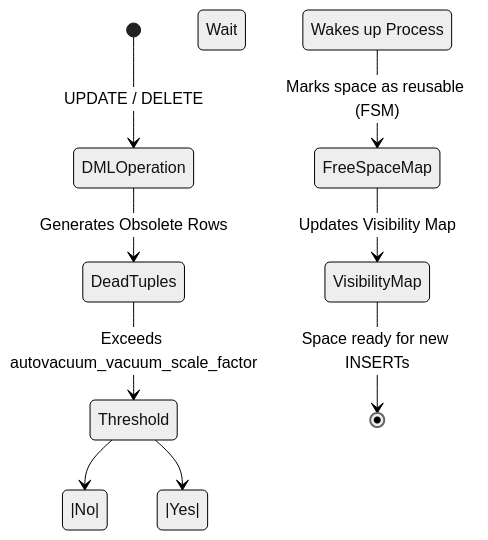
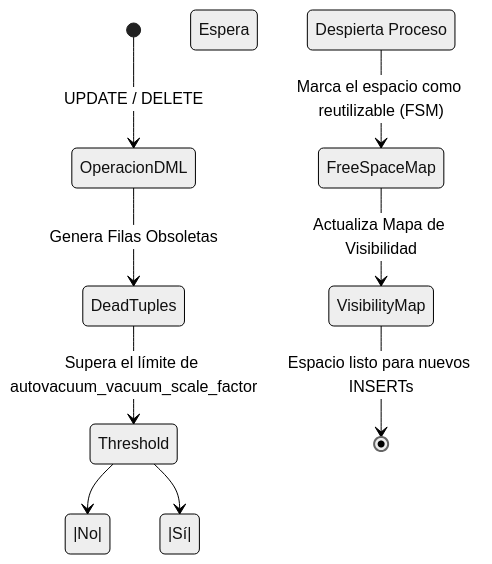
Before and after one commit to gjpierp/nmergeia: the first of 2 diagrams in public/docs/en/postgres_avanzado.md, drawn with Mermaid (neutral theme). The commit also changed other lines of this file and 518 other files, not shown here.

````diff
--- a/public/docs/en/postgres_avanzado.md
+++ b/public/docs/en/postgres_avanzado.md
@@ -40,11 +40,11 @@
 ```mermaid
 stateDiagram-v2
-    [*] --> DMLOperation: UPDATE / DELETE
-    DMLOperation --> DeadTuples: Generates Obsolete Rows
-    DeadTuples --> Threshold: Exceeds autovacuum_vacuum_scale_factor
-    Threshold -->|No| Wait
-    Threshold -->|Yes| AutovacuumWorker: Wakes up Process
-    AutovacuumWorker --> FreeSpaceMap: Marks space as reusable (FSM)
-    FreeSpaceMap --> VisibilityMap: Updates Visibility Map
-    VisibilityMap --> [*]: Space ready for new INSERTs
+    [*] --> OperacionDML: UPDATE / DELETE
+    OperacionDML --> DeadTuples: Genera Filas Obsoletas
+    DeadTuples --> Threshold: Supera el límite de autovacuum_vacuum_scale_factor
+    Threshold -->|No| Espera
+    Threshold -->|Sí| AutovacuumWorker: Despierta Proceso
+    AutovacuumWorker --> FreeSpaceMap: Marca el espacio como reutilizable (FSM)
+    FreeSpaceMap --> VisibilityMap: Actualiza Mapa de Visibilidad
+    VisibilityMap --> [*]: Espacio listo para nuevos INSERTs
 ```
````
